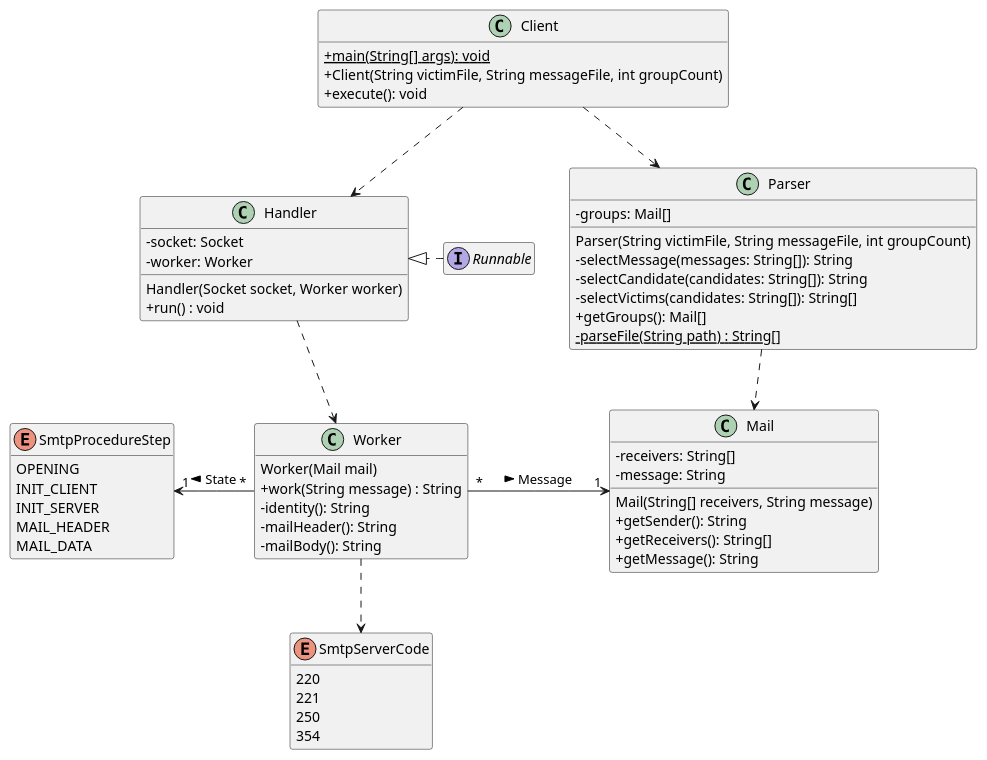
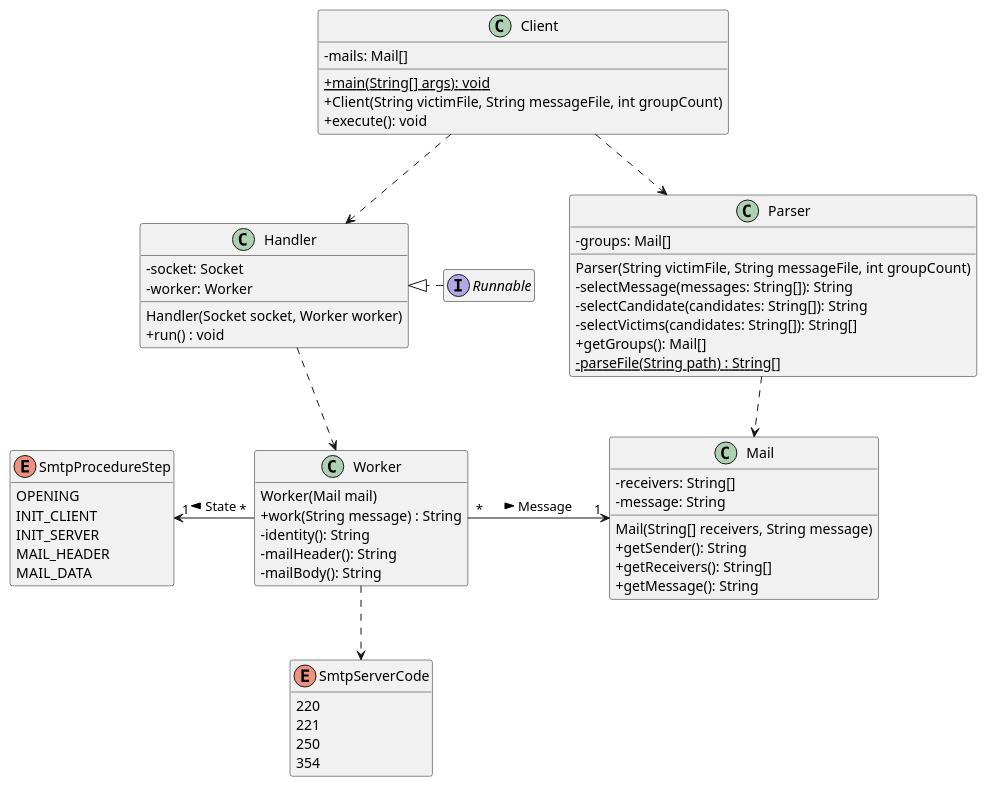
One commit to a-mango/dai-lab-smtp changed the diagram in doc/class_diagram.puml. Above: the diagram before and after it, drawn with PlantUML. The commit also changed 1 other file, not shown here.

```diff
--- a/doc/class_diagram.puml
+++ b/doc/class_diagram.puml
@@ -1,73 +1,74 @@
 @startuml
 'https://plantuml.com/class-diagram
 skinparam classAttributeIconSize 0
 skinparam groupInheritance 3
 hide empty methods
 hide empty members
 
 class Client {
     {static} + main(String[] args): void
+    - mails: Mail[]
     + Client(String victimFile, String messageFile, int groupCount)
     + execute(): void
 }
 
 class Handler {
     - socket: Socket
     - worker: Worker
     Handler(Socket socket, Worker worker)
     + run() : void
 }
 
 class Worker {
     Worker(Mail mail)
     + work(String message) : String
     - identity(): String
     - mailHeader(): String
     - mailBody(): String
 }
 
 enum SmtpProcedureStep {
     OPENING
     INIT_CLIENT
     INIT_SERVER
     MAIL_HEADER
     MAIL_DATA
 }
 
 enum SmtpServerCode {
     220
     221
     250
     354
 }
 
 class Parser {
     - groups: Mail[]
     Parser(String victimFile, String messageFile, int groupCount)
     - selectMessage(messages: String[]): String
     - selectCandidate(candidates: String[]): String
     - selectVictims(candidates: String[]): String[]
     + getGroups(): Mail[]
     {static} - parseFile(String path) : String[]
 }
 
 class Mail {
     - receivers: String[]
     - message: String
     Mail(String[] receivers, String message)
     + getSender(): String
     + getReceivers(): String[]
     + getMessage(): String
 }
 
 interface Runnable
 
 Client ..> Handler
 Client ..> Parser
 Handler .down.> Worker
 Runnable .right.|> Handler
 Parser ..> Mail
 Worker "*" -right-> "1" Mail : "Message >"
 Worker "*" -left-> "1" SmtpProcedureStep : "State >"
 Worker .down.> SmtpServerCode
 @enduml
```
